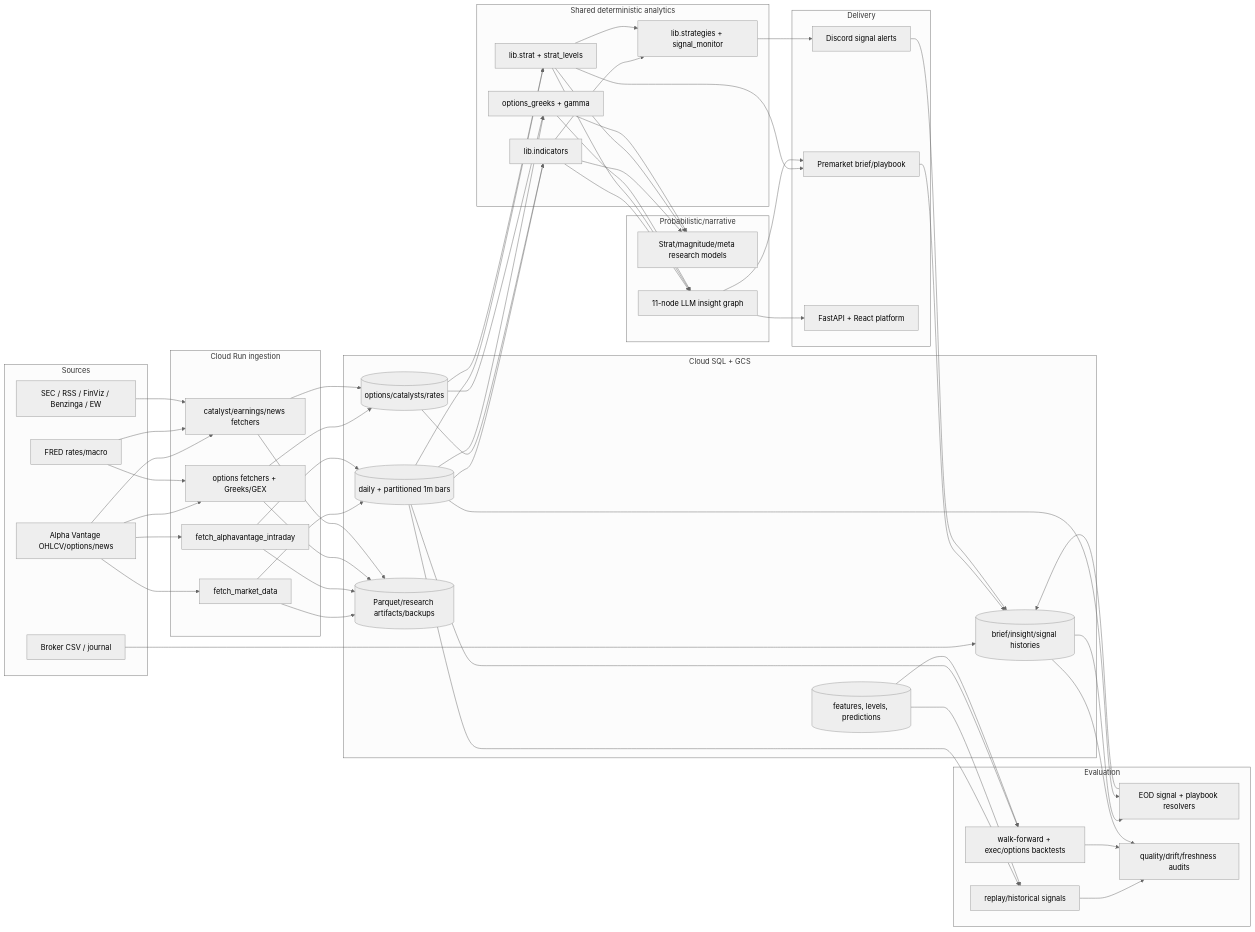
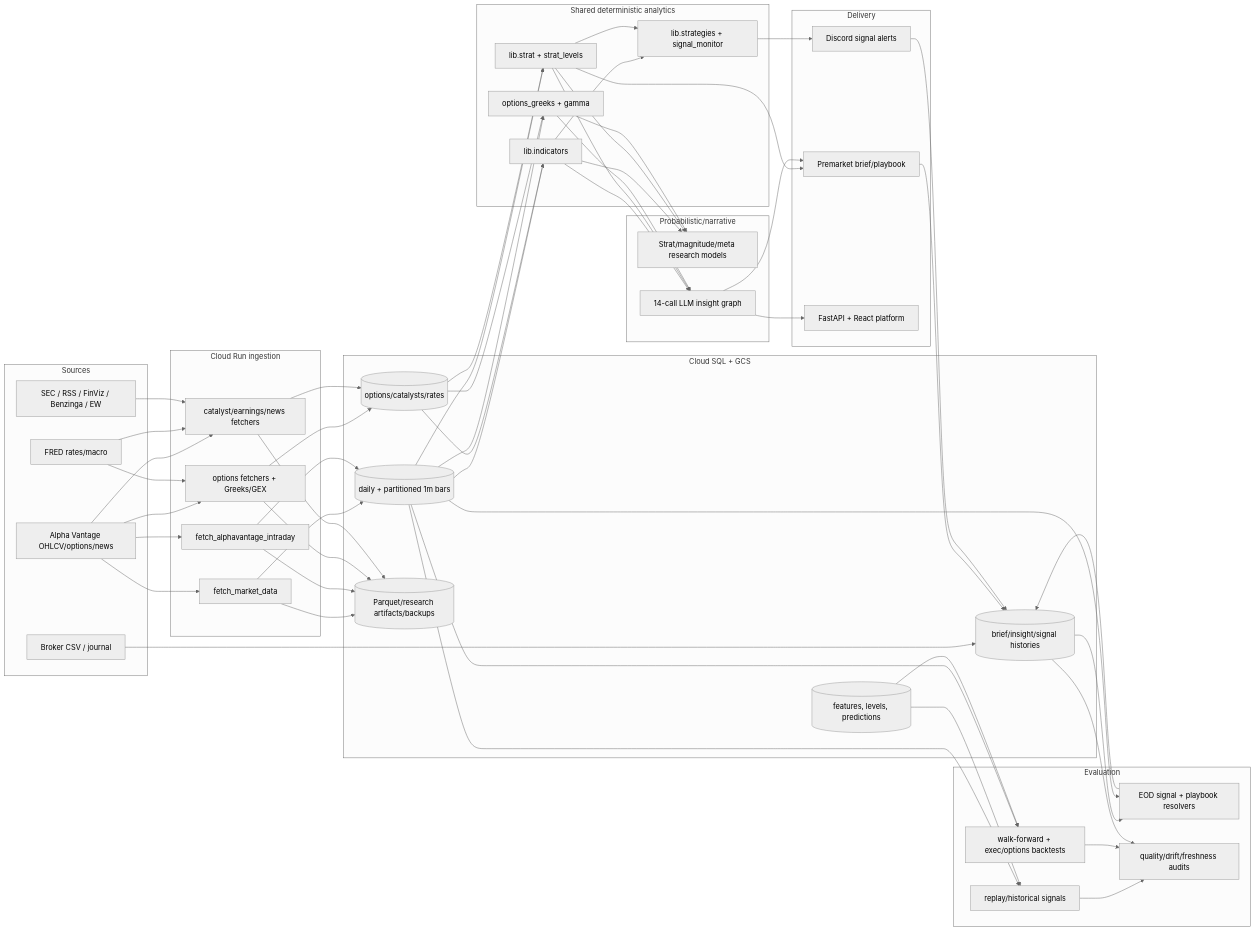
One commit to TeneikaAskew/stocks changed the first of 3 diagrams in docs/audits/2026-08-27-codex-full-codebase-review.md. Above: the diagram before and after it, drawn with Mermaid (neutral theme). The commit also changed other lines of this file, not shown here.

First line of the commit message:
docs: correct LLM topology and validation log in the Codex audit

````diff
--- a/docs/audits/2026-08-27-codex-full-codebase-review.md
+++ b/docs/audits/2026-08-27-codex-full-codebase-review.md
@@ -49,60 +49,60 @@
 ```mermaid
 flowchart LR
   subgraph Sources
     AV[Alpha Vantage OHLCV/options/news]
     FRED[FRED rates/macro]
     SEC[SEC / RSS / FinViz / Benzinga / EW]
     Broker[Broker CSV / journal]
   end
   subgraph Ingest[Cloud Run ingestion]
     Daily[fetch_market_data]
     Intra[fetch_alphavantage_intraday]
     Opt[options fetchers + Greeks/GEX]
     Cat[catalyst/earnings/news fetchers]
   end
   subgraph Store[Cloud SQL + GCS]
     MD[(daily + partitioned 1m bars)]
     OD[(options/catalysts/rates)]
     Derived[(features, levels, predictions)]
     History[(brief/insight/signal histories)]
     GCS[(Parquet/research artifacts/backups)]
   end
   subgraph Deterministic[Shared deterministic analytics]
     Ind[lib.indicators]
     Strat[lib.strat + strat_levels]
     Sig[lib.strategies + signal_monitor]
     Gamma[options_greeks + gamma]
   end
   subgraph Reasoning[Probabilistic/narrative]
     Models[Strat/magnitude/meta research models]
-    Agents[11-node LLM insight graph]
+    Agents[14-call LLM insight graph]
   end
   subgraph Delivery
     Brief[Premarket brief/playbook]
     Alerts[Discord signal alerts]
     API[FastAPI + React platform]
   end
   subgraph Evaluation
     Resolver[EOD signal + playbook resolvers]
     Replay[replay/historical signals]
     Backtest[walk-forward + exec/options backtests]
     Audit[quality/drift/freshness audits]
   end
   AV --> Daily & Intra & Opt & Cat
   FRED --> Cat & Opt
   SEC --> Cat
   Broker --> History
   Daily & Intra --> MD
   Opt & Cat --> OD
   MD & OD --> Ind & Strat & Gamma
   Ind & Strat --> Sig
   Ind & Strat & Gamma --> Models & Agents
   Sig --> Alerts
   Strat --> Brief
   Agents --> API & Brief
   Brief & Alerts --> History
   History & MD --> Resolver --> History
   MD & Derived --> Replay & Backtest
   Replay & Backtest & History --> Audit
   Daily & Intra & Opt & Cat --> GCS
 ```
````
